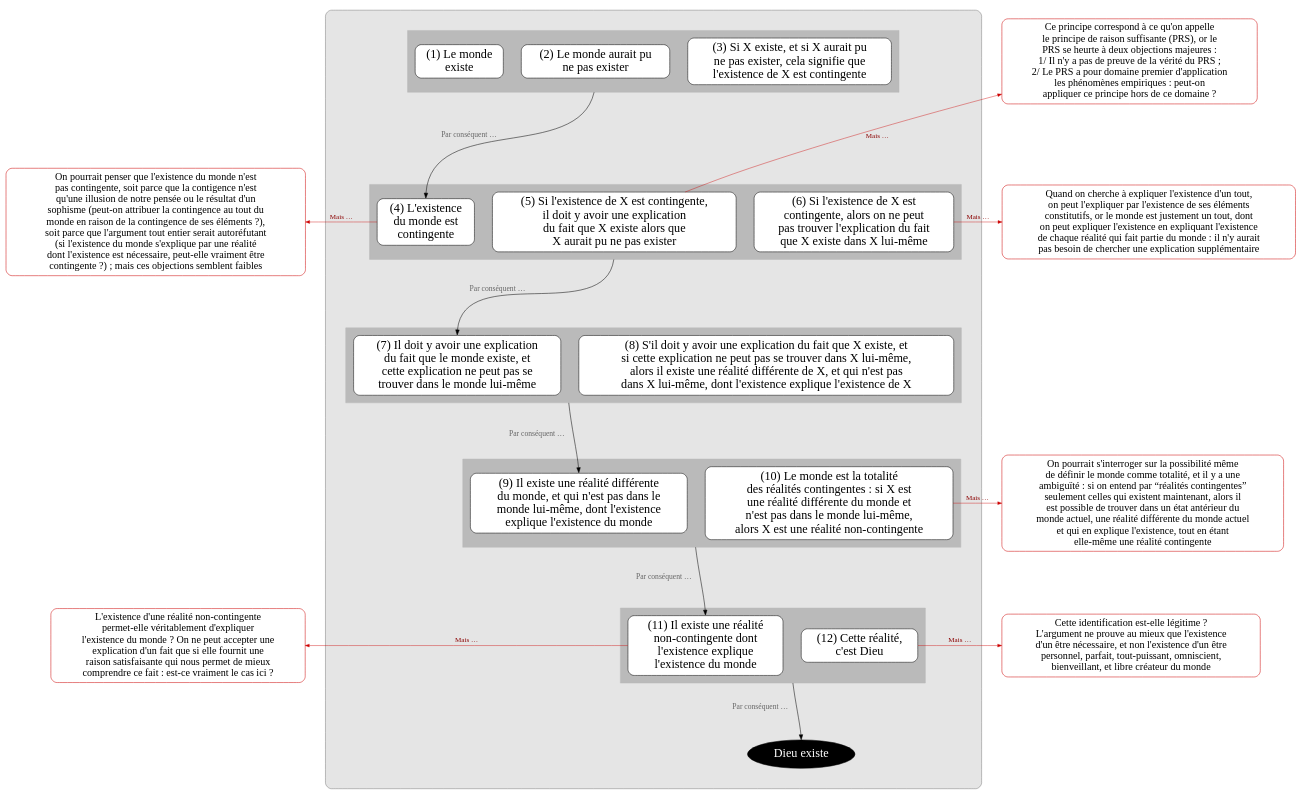
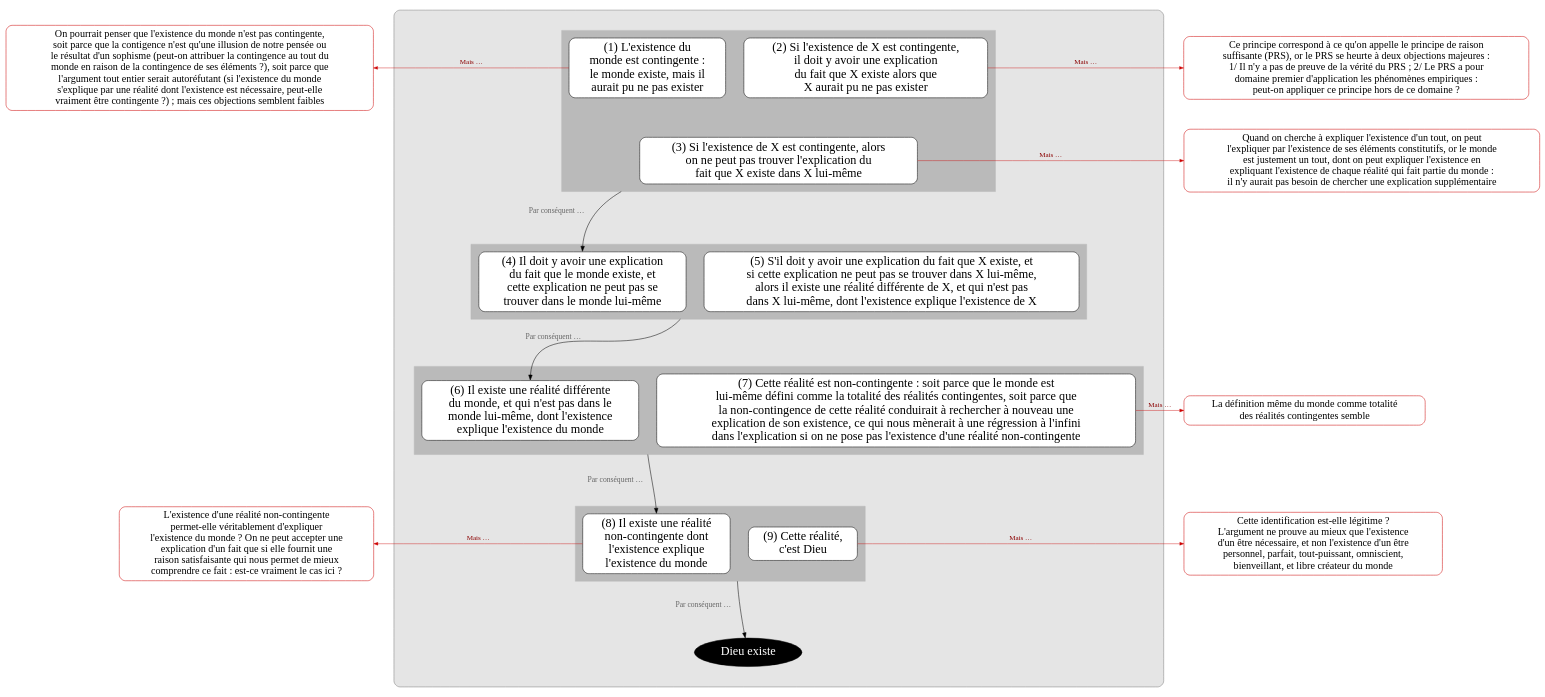
One commit to eyssette/graphviz-examples changed the diagram in argument/argument-cosmologique1.dot. Above: the diagram before and after it, drawn with Graphviz.

```diff
--- a/argument/argument-cosmologique1.dot
+++ b/argument/argument-cosmologique1.dot
@@ -1,189 +1,165 @@
 digraph G {
 splines=true
 newrank=true
 compound=true
 
+node[color=red3, style="rounded, filled", shape="box", fillcolor=white, penwidth=1, fontcolor=black, fontsize=20, margin=0.1]
+o1[label="On pourrait penser que l'existence du monde n'est pas contingente,
+soit parce que la contigence n'est qu'une illusion de notre pensée ou
+le résultat d'un sophisme (peut-on attribuer la contingence au tout du
+monde en raison de la contingence de ses éléments ?), soit parce que
+l'argument tout entier serait autoréfutant (si l'existence du monde
+s'explique par une réalité dont l'existence est nécessaire, peut-elle
+vraiment être contingente ?) ; mais ces objections semblent faibles"]
 
-node[color=red3, style="rounded, filled", shape="box", fillcolor=white, penwidth=1, fontcolor=black, fontsize=20, margin=0.1]
-o1[label="On pourrait penser que l'existence du monde n'est
-pas contingente, soit parce que la contigence n'est
-qu'une illusion de notre pensée ou le résultat d'un
-sophisme (peut-on attribuer la contingence au tout du
-monde en raison de la contingence de ses éléments ?),
-soit parce que l'argument tout entier serait autoréfutant
-(si l'existence du monde s'explique par une réalité
-dont l'existence est nécessaire, peut-elle vraiment être
-contingente ?) ; mais ces objections semblent faibles"]
 
-o11[label="L'existence d'une réalité non-contingente
+
+
+o8[label="L'existence d'une réalité non-contingente
 permet-elle véritablement d'expliquer
 l'existence du monde ? On ne peut accepter une
 explication d'un fait que si elle fournit une
 raison satisfaisante qui nous permet de mieux
 comprendre ce fait : est-ce vraiment le cas ici ?"]
 
 node[shape=box, fillcolor=white, style="filled,rounded", color=black, fontsize=24, penwidth=1,fontcolor=black, margin=0.1]
-edge[minlen=2,color=red3, penwidth=0.8, arrowsize=0.8, label=" Mais …", fontcolor=red4,fontsize=14]
-{rank=same;o1->p4[dir=back]}
-{rank=same;o11->p11[dir=back]}
+edge[color=red3, penwidth=0.8, arrowsize=0.8, label=" Mais …", fontcolor=red4,fontsize=14]
+
+{rank=same;o1->p1[dir=back]}
+{rank=same;o8->p8[dir=back]}
 
 
 subgraph cluster_0 {
 bgcolor=grey90
 style=rounded
 color=grey50
 margin=40
 
 
 
 node[shape=box, fillcolor=white, style="filled,rounded", color=black]
 edge[label="",xlabel="Par conséquent … ",fontcolor=grey40;fontsize=15,minlen=3,color=black,penwidth=1, arrowsize=1]
 
 
 
-subgraph cluster_1 {
-style="box"
-margin=15
-bgcolor=grey73
-color=grey73
-
-p1[label="(1) Le monde
-existe"]
-p2[label="(2) Le monde aurait pu
-ne pas exister"]
-p3[label="(3) Si X existe, et si X aurait pu
-ne pas exister, cela signifie que
-l'existence de X est contingente"]
-}
-
-
-{rank=same;p1->p2->p3[style=invis,xlabel="",minlen=1]}
 
 //p2:s->p3:n[ltail=cluster_1]
 //p2:w->p3:n[ltail=cluster_1]
 //p3[label="(3) Lemme 1"]
 
-p2:s->p4:n[ltail=cluster_1]
 
 subgraph cluster_2 {
 style="box"
 margin=15
 bgcolor=grey73
 color=grey73
 
-p4[label="(4) L'existence
-du monde est
-contingente"]
+p1[label="(1) L'existence du
+monde est contingente :
+le monde existe, mais il
+aurait pu ne pas exister"]
 
-p5[label="(5) Si l'existence de X est contingente,
+p2[label="(2) Si l'existence de X est contingente,
 il doit y avoir une explication
 du fait que X existe alors que
 X aurait pu ne pas exister"]
 
-p6[label="(6) Si l'existence de X est
-contingente, alors on ne peut
-pas trouver l'explication du fait
-que X existe dans X lui-même"]
+p3[label="(3) Si l'existence de X est contingente, alors
+on ne peut pas trouver l'explication du
+fait que X existe dans X lui-même"]
 }
-{rank=same;p4->p5->p6[style=invis,xlabel="",minlen=1]}
+{rank=same;p1->p2[style=invis,xlabel="",minlen=1]}
+{p1;p2}->p3[style=invis,xlabel="",minlen=1]
 
-p5:s->p7:n[ltail=cluster_2]
+p3->p4:n[ltail=cluster_2,minlen=3]
 
 
 subgraph cluster_3 {
 style="box"
 margin=15
 bgcolor=grey73
 color=grey73
-p7[label="(7) Il doit y avoir une explication
+p4[label="(4) Il doit y avoir une explication
 du fait que le monde existe, et
 cette explication ne peut pas se
 trouver dans le monde lui-même"]
 
-p8[label="(8) S'il doit y avoir une explication du fait que X existe, et
+p5[label="(5) S'il doit y avoir une explication du fait que X existe, et
 si cette explication ne peut pas se trouver dans X lui-même,
 alors il existe une réalité différente de X, et qui n'est pas
 dans X lui-même, dont l'existence explique l'existence de X"]
 }
-{rank=same;p7->p8[style=invis,xlabel="",minlen=1]}
+{rank=same;p4->p5[style=invis,xlabel="",minlen=1]}
 
-p8:w->p9:n[ltail=cluster_3]
+p4:e->p6:n[ltail=cluster_3]
 
 
 subgraph cluster_4 {
 style="box"
 margin=15
 bgcolor=grey73
 color=grey73
-p9[label="(9) Il existe une réalité différente
+p6[label="(6) Il existe une réalité différente
 du monde, et qui n'est pas dans le
 monde lui-même, dont l'existence
 explique l'existence du monde"]
-p10[label="(10) Le monde est la totalité
-des réalités contingentes : si X est
-une réalité différente du monde et
-n'est pas dans le monde lui-même,
-alors X est une réalité non-contingente"]
+p7[label="(7) Cette réalité est non-contingente : soit parce que le monde est 
+lui-même défini comme la totalité des réalités contingentes, soit parce que
+la non-contingence de cette réalité conduirait à rechercher à nouveau une
+explication de son existence, ce qui nous mènerait à une régression à l'infini
+dans l'explication si on ne pose pas l'existence d'une réalité non-contingente"]
 }
-{rank=same;p9->p10[style=invis,xlabel="",minlen=1]}
+{rank=same;p6->p7[style=invis,xlabel="",minlen=1]}
 
-p10:w->p11:n[ltail=cluster_4]
+p7:w->p8:n[ltail=cluster_4]
 
 subgraph cluster_5 {
 style="box"
 margin=15
 bgcolor=grey73
 color=grey73
-p11[label="(11) Il existe une réalité
+p8[label="(8) Il existe une réalité
 non-contingente dont
 l'existence explique
 l'existence du monde"]
-p12[label="(12) Cette réalité,
+p9[label="(9) Cette réalité,
 c'est Dieu"]
 }
-{rank=same;p11->p12[style=invis,xlabel="",minlen=1]}
 
-p12:w->C:n[ltail=cluster_5]
+{rank=same;p8->p9[style=invis,xlabel="",minlen=1]}
+
+p9:w->C:wn[ltail=cluster_5]
 
 C[label="Dieu existe",fillcolor=black, fontcolor=white, color=black, shape=ellipse]
 
 
 }
 
 node[color=red3, style="rounded, filled", shape="box", fillcolor=white, penwidth=1, fontcolor=black, fontsize=20, margin=0.1]
-o5[label="Ce principe correspond à ce qu'on appelle
-le principe de raison suffisante (PRS), or le
-PRS se heurte à deux objections majeures : 
-1/ Il n'y a pas de preuve de la vérité du PRS ;
-2/ Le PRS a pour domaine premier d'application
-les phénomènes empiriques : peut-on
-appliquer ce principe hors de ce domaine ?"]
-o5->p5[dir=back]
-{rank=same;p3->o5[style=invis]}
-o6[label="Quand on cherche à expliquer l'existence d'un tout,
-on peut l'expliquer par l'existence de ses éléments
-constitutifs, or le monde est justement un tout, dont
-on peut expliquer l'existence en expliquant l'existence
-de chaque réalité qui fait partie du monde : il n'y aurait
-pas besoin de chercher une explication supplémentaire"]
-{rank=same;p6->o6}
+o2[label="Ce principe correspond à ce qu'on appelle le principe de raison 
+suffisante (PRS), or le PRS se heurte à deux objections majeures :
+1/ Il n'y a pas de preuve de la vérité du PRS ; 2/ Le PRS a pour
+domaine premier d'application les phénomènes empiriques :
+peut-on appliquer ce principe hors de ce domaine ?"]
+{rank=same;o2->p2[dir=back]}
 
-o10[label="On pourrait s'interroger sur la possibilité même
-de définir le monde comme totalité, et il y a une
-ambiguïté : si on entend par “réalités contingentes”
-seulement celles qui existent maintenant, alors il
-est possible de trouver dans un état antérieur du
-monde actuel, une réalité différente du monde actuel
-et qui en explique l'existence, tout en étant
-elle-même une réalité contingente"]
-{rank=same;p10->o10}
+o3[label="Quand on cherche à expliquer l'existence d'un tout, on peut 
+l'expliquer par l'existence de ses éléments constitutifs, or le monde
+est justement un tout, dont on peut expliquer l'existence en
+expliquant l'existence de chaque réalité qui fait partie du monde :
+il n'y aurait pas besoin de chercher une explication supplémentaire"]
+{rank=same;p3->o3}
 
-o12[label="Cette identification est-elle légitime ?
+o7[label="La définition même du monde comme totalité
+des réalités contingentes semble "]
+{rank=same;p7->o7}
+
+o9[label="Cette identification est-elle légitime ?
 L'argument ne prouve au mieux que l'existence
 d'un être nécessaire, et non l'existence d'un être
 personnel, parfait, tout-puissant, omniscient, 
 bienveillant, et libre créateur du monde"]
-{rank=same;p12->o12}
+{rank=same;p9->o9}
 
 
 }
```
